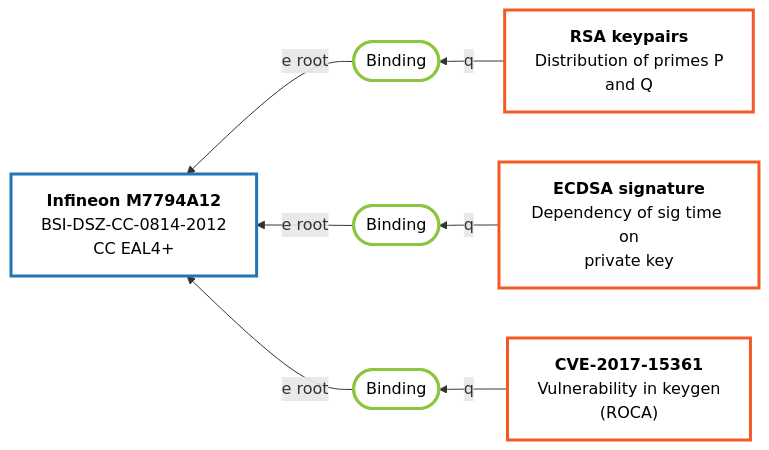
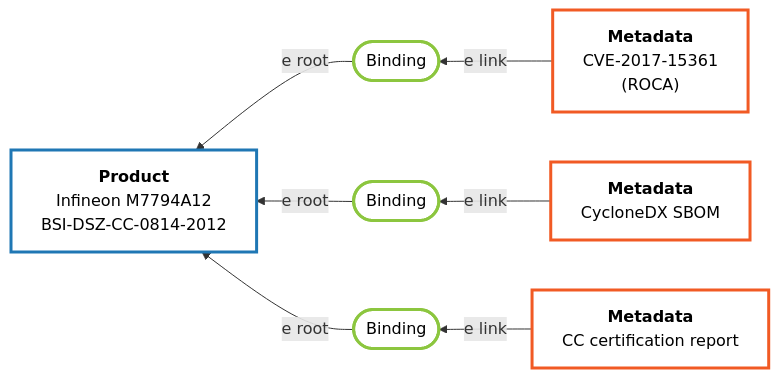
Before and after one commit to crocs-muni/scrutiny-fabric: the diagram in README.md, drawn with Mermaid. The commit also changed other lines of this file and 490 other files, not shown here.

````diff
--- a/README.md
+++ b/README.md
@@ -5,27 +7,24 @@
 ```mermaid
 graph RL
-    %% Define Nodes
-    P[<b>Infineon M7794A12</b><br/>BSI-DSZ-CC-0814-2012<br/>CC EAL4+]:::product
-    
+    P[<b>Product</b><br/>Infineon M7794A12<br/>BSI-DSZ-CC-0814-2012]:::product
+
     B1([Binding]):::binding
     B2([Binding]):::binding
     B3([Binding]):::binding
-    
-    M1[<b>RSA keypairs</b><br/>Distribution of primes P<br/>and Q]:::metadata
-    M2[<b>ECDSA signature</b><br/>Dependency of sig time on<br/>private key]:::metadata
-    M3[<b>CVE-2017-15361</b><br/>Vulnerability in keygen<br/>&lpar;ROCA&rpar;]:::metadata
 
-    %% Connections
+    M1[<b>Metadata</b><br/>CVE-2017-15361<br/>&lpar;ROCA&rpar;]:::metadata
+    M2[<b>Metadata</b><br/>CycloneDX SBOM]:::metadata
+    M3[<b>Metadata</b><br/>CC certification report]:::metadata
+
     B1 -->|e root| P
     B2 -->|e root| P
     B3 -->|e root| P
-    
-    M1 -->|q| B1
-    M2 -->|q| B2
-    M3 -->|q| B3
 
-    %% Styling
+    M1 -->|e link| B1
+    M2 -->|e link| B2
+    M3 -->|e link| B3
+
     classDef product fill:#fff,stroke:#1f77b4,stroke-width:3px,color:#000
     classDef binding fill:#fff,stroke:#8cc63f,stroke-width:3px,color:#000
     classDef metadata fill:#fff,stroke:#f15a24,stroke-width:3px,color:#000
 ```
````
